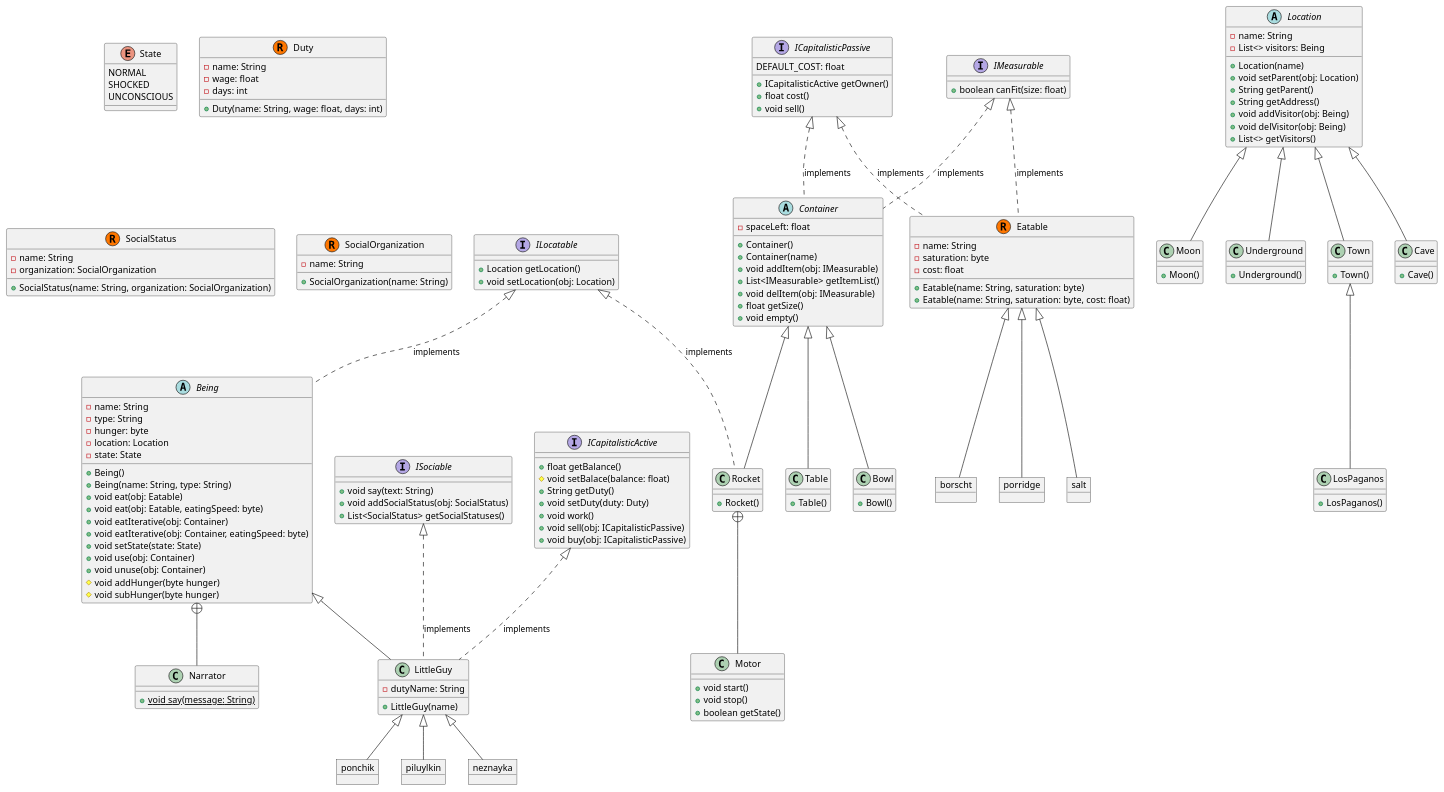
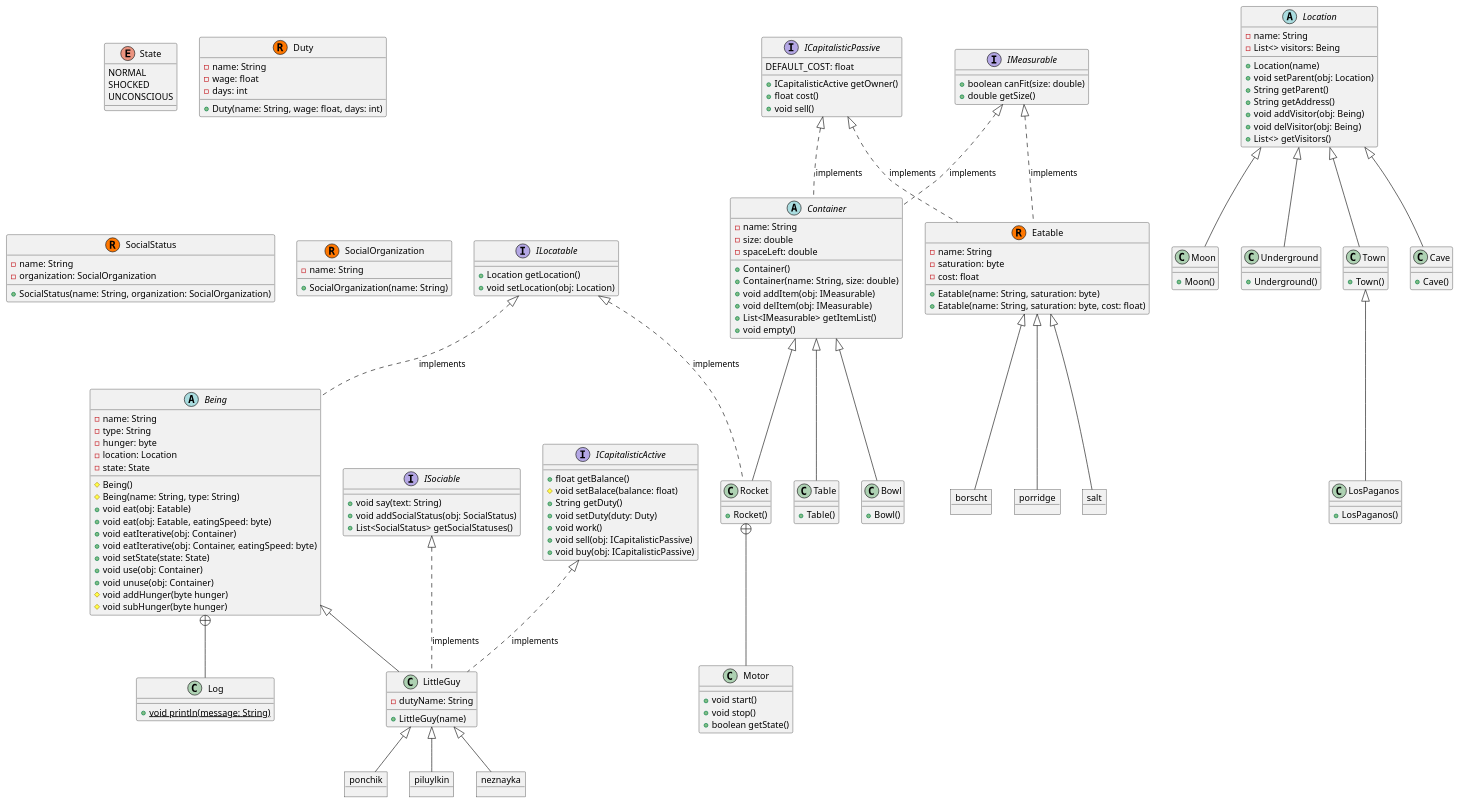
One commit to MrDvD/itmo_labs changed the diagram in programming/lab3/uml/diagram.puml. Above: the diagram before and after it, drawn with PlantUML. The commit also changed 10 other files, not shown here.

```diff
--- a/programming/lab3/uml/diagram.puml
+++ b/programming/lab3/uml/diagram.puml
@@ -1,197 +1,199 @@
 @startuml name
 Being <|-- LittleGuy
 ICapitalisticActive <|.. LittleGuy : implements
 ISociable <|.. LittleGuy : implements
 
-Being +-- Narrator
+Being +-- Log
 
 object ponchik
 object piluylkin
 object neznayka
 
 LittleGuy <|-- ponchik
 LittleGuy <|-- piluylkin
 LittleGuy <|-- neznayka
 
 object borscht
 object porridge
 object salt
 Eatable <|-- borscht
 Eatable <|-- porridge
 Eatable <|-- salt
 
 ICapitalisticPassive <|.. Container : implements
 ICapitalisticPassive <|.. Eatable : implements
 
 IMeasurable <|.. Eatable : implements
 IMeasurable <|.. Container : implements
 
 Container <|-- Bowl
 Container <|-- Table
 Container <|-- Rocket
 
 Rocket +-- Motor
 
 ILocatable <|.. Rocket : implements
 ILocatable <|.. Being : implements
 
 Location <|-- Moon
 Location <|-- Underground
 Location <|-- Town
 Town <|-- LosPaganos
 Location <|-- Cave
 
-static class Narrator { 
-   {static} +void say(message: String)
+static class Log { 
+   {static} +void println(message: String)
 }
 
 class LittleGuy {
    -dutyName: String
    +LittleGuy(name)
 }
 
 enum State {
    NORMAL
    SHOCKED
    UNCONSCIOUS
 }
 
 interface ICapitalisticPassive {
    DEFAULT_COST: float
    +ICapitalisticActive getOwner()
    +float cost()
    +void sell()
 }
 
 interface ICapitalisticActive {
    +float getBalance()
    #void setBalace(balance: float)
    +String getDuty()
    +void setDuty(duty: Duty)
    +void work()
    +void sell(obj: ICapitalisticPassive)
    +void buy(obj: ICapitalisticPassive)
 }
 
 interface ISociable {
    +void say(text: String)
    +void addSocialStatus(obj: SocialStatus)
    +List<SocialStatus> getSocialStatuses()
 }
 
 abstract class Being {
    -name: String
    -type: String
    -hunger: byte
    -location: Location
    -state: State
-   +Being()
-   +Being(name: String, type: String)
+   #Being()
+   #Being(name: String, type: String)
    +void eat(obj: Eatable)
    +void eat(obj: Eatable, eatingSpeed: byte)
    +void eatIterative(obj: Container)
    +void eatIterative(obj: Container, eatingSpeed: byte)
    +void setState(state: State)
    +void use(obj: Container)
    +void unuse(obj: Container)
    #void addHunger(byte hunger)
    #void subHunger(byte hunger)
    ' to do something
 }
 
 class Eatable << (R,#FF7700) >> {
    -name: String
    -saturation: byte
    -cost: float
    +Eatable(name: String, saturation: byte)
    +Eatable(name: String, saturation: byte, cost: float)
 }
 
 class Duty << (R,#FF7700) >> {
    -name: String
    -wage: float
    -days: int
    +Duty(name: String, wage: float, days: int)
 }
 
 class SocialStatus << (R,#FF7700) >> {
    -name: String
    -organization: SocialOrganization
    +SocialStatus(name: String, organization: SocialOrganization)
 }
 
 class SocialOrganization << (R,#FF7700) >> {
    -name: String
    +SocialOrganization(name: String)
 }
 
 abstract class Container {
-   -spaceLeft: float
+   -name: String
+   -size: double
+   -spaceLeft: double
    +Container()
-   +Container(name)
+   +Container(name: String, size: double)
    +void addItem(obj: IMeasurable)
+   +void delItem(obj: IMeasurable)
    +List<IMeasurable> getItemList()
-   +void delItem(obj: IMeasurable)
-   +float getSize()
    +void empty()
 }
 
 class Motor {
    +void start()
    +void stop()
    +boolean getState()
 }
 
 class Table {
    +Table()
 }
 
 class Bowl {
    +Bowl()
 }
 
 class Rocket {
    +Rocket()
 }
 
 class Moon {
    +Moon()
 }
 
 class Town {
    +Town()
 }
 
 class LosPaganos {
    +LosPaganos()
 }
 
 class Underground {
    +Underground()
 }
 
 class Cave {
    +Cave()
 }
 
 abstract class Location {
    -name: String
    -List<> visitors: Being
    +Location(name)
    +void setParent(obj: Location)
    +String getParent()
    +String getAddress()
    +void addVisitor(obj: Being)
    +void delVisitor(obj: Being)
    +List<> getVisitors()
 }
 
 interface IMeasurable {
-   +boolean canFit(size: float)
+   +boolean canFit(size: double)
+   +double getSize()
 }
 
 interface ILocatable {
    +Location getLocation()
    +void setLocation(obj: Location)
 }
 @enduml
```
